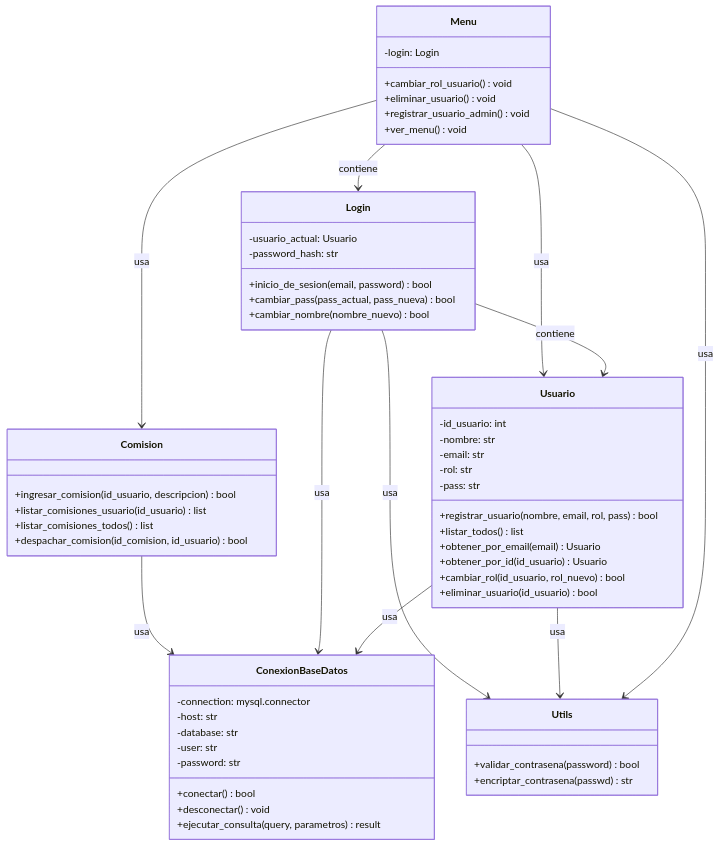
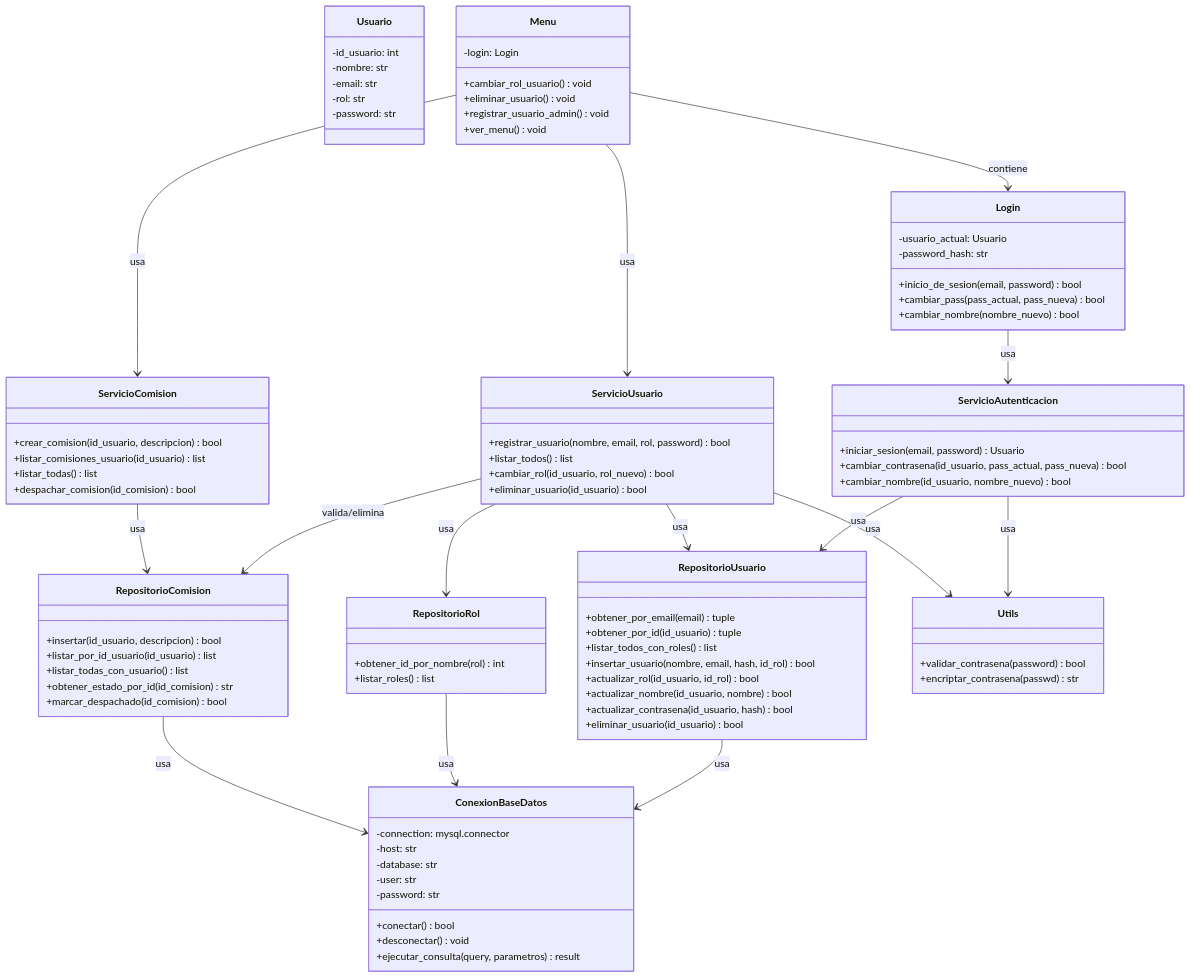
Before and after one commit to devcordoba/logisticom-2do-cuatrimestre: the diagram in documentación/diagramas/diagrama-clases.md, drawn with Mermaid. The commit also changed 16 other files, not shown here.

````diff
--- a/documentación/diagramas/diagrama-clases.md
+++ b/documentación/diagramas/diagrama-clases.md
@@ -18,13 +18,7 @@
         -nombre: str
         -email: str
         -rol: str
-        -pass: str
-        +registrar_usuario(nombre, email, rol, pass) bool
-        +listar_todos() list
-        +obtener_por_email(email) Usuario
-        +obtener_por_id(id_usuario) Usuario
-        +cambiar_rol(id_usuario, rol_nuevo) bool
-        +eliminar_usuario(id_usuario) bool
+        -password: str
     }
 
     class Login {
@@ -35,13 +29,6 @@
         +cambiar_nombre(nombre_nuevo) bool
     }
 
-    class Comision {
-        +ingresar_comision(id_usuario, descripcion) bool
-        +listar_comisiones_usuario(id_usuario) list
-        +listar_comisiones_todos() list
-        +despachar_comision(id_comision, id_usuario) bool
-    }
-
     class Menu {
         -login: Login
         +cambiar_rol_usuario() void
@@ -50,20 +37,71 @@
         +ver_menu() void
     }
 
+    class ServicioAutenticacion {
+        +iniciar_sesion(email, password) Usuario
+        +cambiar_contrasena(id_usuario, pass_actual, pass_nueva) bool
+        +cambiar_nombre(id_usuario, nombre_nuevo) bool
+    }
+
+    class ServicioUsuario {
+        +registrar_usuario(nombre, email, rol, password) bool
+        +listar_todos() list
+        +cambiar_rol(id_usuario, rol_nuevo) bool
+        +eliminar_usuario(id_usuario) bool
+    }
+
+    class ServicioComision {
+        +crear_comision(id_usuario, descripcion) bool
+        +listar_comisiones_usuario(id_usuario) list
+        +listar_todas() list
+        +despachar_comision(id_comision) bool
+    }
+
+    class RepositorioUsuario {
+        +obtener_por_email(email) tuple
+        +obtener_por_id(id_usuario) tuple
+        +listar_todos_con_roles() list
+        +insertar_usuario(nombre, email, hash, id_rol) bool
+        +actualizar_rol(id_usuario, id_rol) bool
+        +actualizar_nombre(id_usuario, nombre) bool
+        +actualizar_contrasena(id_usuario, hash) bool
+        +eliminar_usuario(id_usuario) bool
+    }
+
+    class RepositorioRol {
+        +obtener_id_por_nombre(rol) int
+        +listar_roles() list
+    }
+
+    class RepositorioComision {
+        +insertar(id_usuario, descripcion) bool
+        +listar_por_id_usuario(id_usuario) list
+        +listar_todas_con_usuario() list
+        +obtener_estado_por_id(id_comision) str
+        +marcar_despachado(id_comision) bool
+    }
+
     class Utils {
         +validar_contrasena(password) bool
         +encriptar_contrasena(passwd) str
     }
 
-    %% Relaciones
-    Usuario --> ConexionBaseDatos : usa
-    Login --> Usuario : contiene
-    Login --> ConexionBaseDatos : usa
-    Comision --> ConexionBaseDatos : usa
-    Menu --> Usuario : usa
+    %% Relaciones (capa a capa)
     Menu --> Login : contiene
-    Menu --> Comision : usa
-    Menu --> Utils : usa
-    Usuario --> Utils : usa
-    Login --> Utils : usa
+    Menu --> ServicioUsuario : usa
+    Menu --> ServicioComision : usa
+    Login --> ServicioAutenticacion : usa
+
+    ServicioAutenticacion --> RepositorioUsuario : usa
+    ServicioUsuario --> RepositorioUsuario : usa
+    ServicioUsuario --> RepositorioRol : usa
+    ServicioUsuario --> RepositorioComision : valida/elimina
+    ServicioComision --> RepositorioComision : usa
+
+    RepositorioUsuario --> ConexionBaseDatos : usa
+    RepositorioRol --> ConexionBaseDatos : usa
+    RepositorioComision --> ConexionBaseDatos : usa
+
+    ServicioAutenticacion --> Utils : usa
+    ServicioUsuario --> Utils : usa
 ```
````
